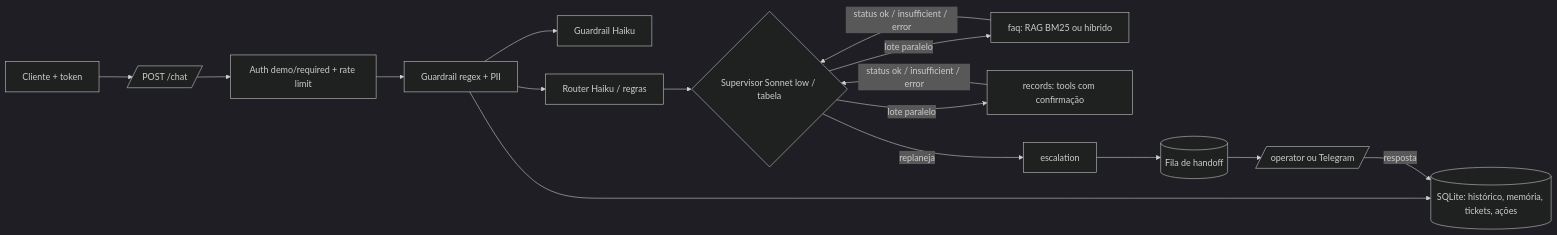
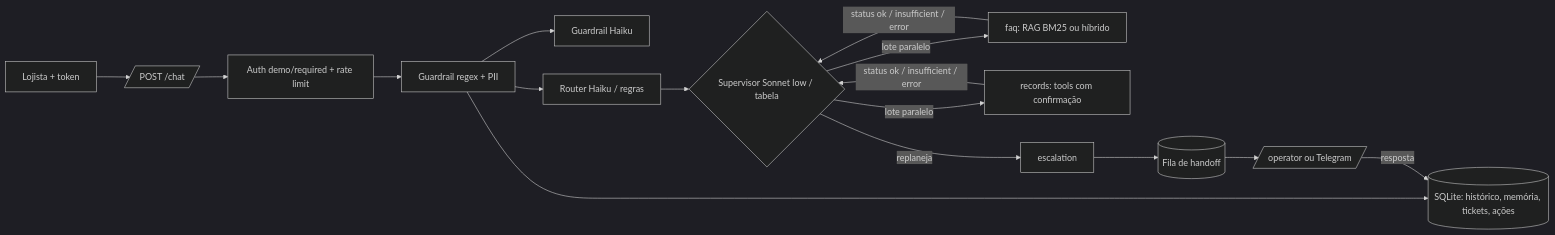
Before and after one commit to maathmartins-ux/getnet-support-agents-v4: the diagram in README.md, drawn with Mermaid (dark theme). The commit also changed other lines of this file and 5 other files, not shown here.

````diff
--- a/README.md
+++ b/README.md
@@ -44,10 +53,10 @@
 ```mermaid
 flowchart LR
-  U[Cliente + token] --> API[/POST /chat/] --> RL[Auth demo/required + rate limit] --> G1[Guardrail regex + PII]
+  U[Lojista + token] --> API[/POST /chat/] --> RL[Auth demo/required + rate limit] --> G1[Guardrail regex + PII]
   G1 --> G2[Guardrail Haiku] & R[Router Haiku / regras]
   G1 --> M[(SQLite: histórico, memória, tickets, ações)]
   R --> S{Supervisor Sonnet low / tabela}
   S -->|lote paralelo| A1[faq: RAG BM25 ou híbrido] & A2[records: tools com confirmação]
   A1 & A2 -->|status ok / insufficient / error| S
   S -->|replaneja| E[escalation] --> Q[(Fila de handoff)] --> OP[/operator ou Telegram/] -->|resposta| M
 ```
````
